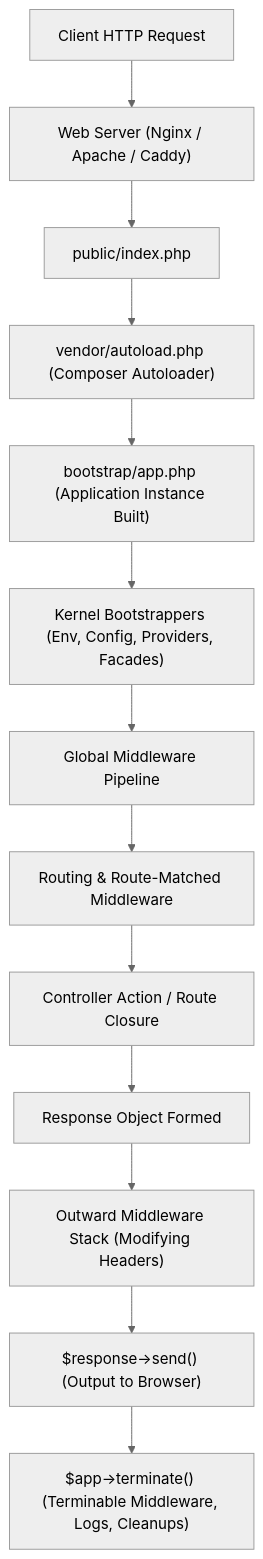
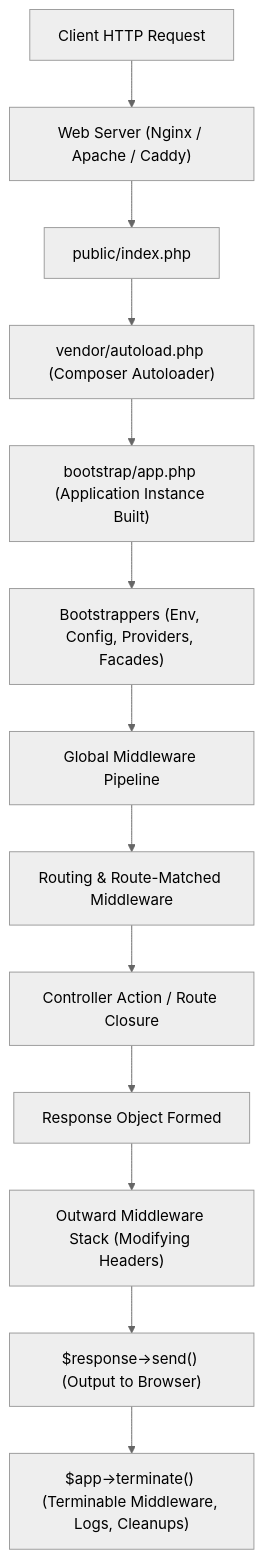
The first of 4 diagrams in LARAVEL_INTERNALS.md (codedbyfj/laravel-learning), drawn with Mermaid (neutral theme) before and after one commit. The commit also changed other lines of this file and 1 other file, not shown here.

Commit message:
docs: update Laravel internals guide with modern architecture details and deep dives

````diff
--- a/LARAVEL_INTERNALS.md
+++ b/LARAVEL_INTERNALS.md
@@ -75,15 +77,15 @@
 ```mermaid
 flowchart TD
     A["Client HTTP Request"] --> B["Web Server (Nginx / Apache / Caddy)"]
     B --> C["public/index.php"]
     C --> D["vendor/autoload.php (Composer Autoloader)"]
     D --> E["bootstrap/app.php (Application Instance Built)"]
-    E --> F["Kernel Bootstrappers (Env, Config, Providers, Facades)"]
+    E --> F["Bootstrappers (Env, Config, Providers, Facades)"]
     F --> G["Global Middleware Pipeline"]
     G --> H["Routing & Route-Matched Middleware"]
     H --> I["Controller Action / Route Closure"]
     I --> J["Response Object Formed"]
     J --> K["Outward Middleware Stack (Modifying Headers)"]
     K --> L["$response->send() (Output to Browser)"]
     L --> M["$app->terminate() (Terminable Middleware, Logs, Cleanups)"]
 ```
````
